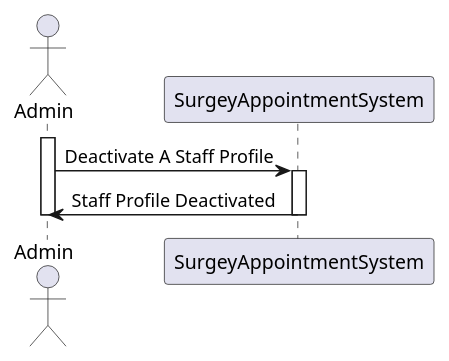
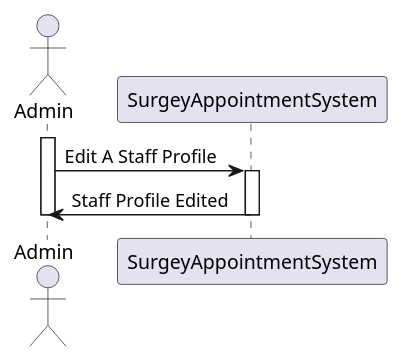
One commit to MateusCabral2004/sem5pi changed the diagram in docs/Sprint 1/US 5.1.14/SequenceDiagram/Level1/SequenceDiagram.puml. Above: the diagram before and after it, drawn with PlantUML. The commit also changed 4 other files, not shown here.

```diff
--- a/docs/Sprint 1/US 5.1.14/SequenceDiagram/Level1/SequenceDiagram.puml
+++ b/docs/Sprint 1/US 5.1.14/SequenceDiagram/Level1/SequenceDiagram.puml
@@ -1,15 +1,15 @@
 @startuml
 actor Admin
 participant SurgeyAppointmentSystem
 
 activate Admin
 
-Admin -> SurgeyAppointmentSystem : Deactivate A Staff Profile
+Admin -> SurgeyAppointmentSystem : Edit A Staff Profile
 activate SurgeyAppointmentSystem
 
-SurgeyAppointmentSystem -> Admin : Staff Profile Deactivated
+SurgeyAppointmentSystem -> Admin : Staff Profile Edited
 deactivate SurgeyAppointmentSystem
 
 deactivate Admin
 
 @enduml
```
